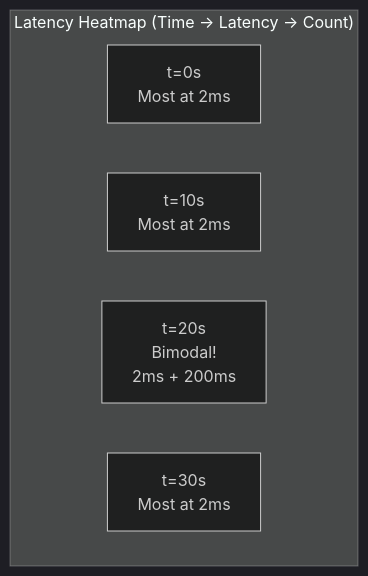
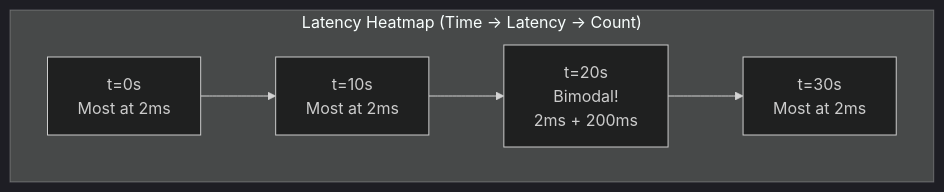
The fifth of 5 diagrams in docs/book/04-performance-theory.md (actions-marketplace-validations/bmscomp_kates), drawn with Mermaid (dark theme) before and after one commit. The commit also changed other lines of this file and 27 other files, not shown here.

````diff
--- a/docs/book/04-performance-theory.md
+++ b/docs/book/04-performance-theory.md
@@ -185,10 +191,10 @@
 ```mermaid
-graph TD
+%%| label: fig-perf-heatmap-slices
+%%| fig-cap: "A latency heatmap captures bucketed distributions across consecutive time windows, exposing a transient bimodal spike at t=20s that single-run percentiles flatten."
+%%| fig-alt: "Flowchart inside a Latency Heatmap group showing four sequential time slices from left to right: t=0s (most at 2 ms), t=10s (most at 2 ms), t=20s (bimodal: 2 ms + 200 ms), and t=30s (most at 2 ms)."
+graph LR
     subgraph Heatmap["Latency Heatmap (Time → Latency → Count)"]
         direction LR
-        T1["t=0s<br/>Most at 2ms"]
-        T2["t=10s<br/>Most at 2ms"]
-        T3["t=20s<br/>Bimodal!<br/>2ms + 200ms"]
-        T4["t=30s<br/>Most at 2ms"]
+        T1["t=0s<br/>Most at 2ms"] --> T2["t=10s<br/>Most at 2ms"] --> T3["t=20s<br/>Bimodal!<br/>2ms + 200ms"] --> T4["t=30s<br/>Most at 2ms"]
     end
 ```
````
